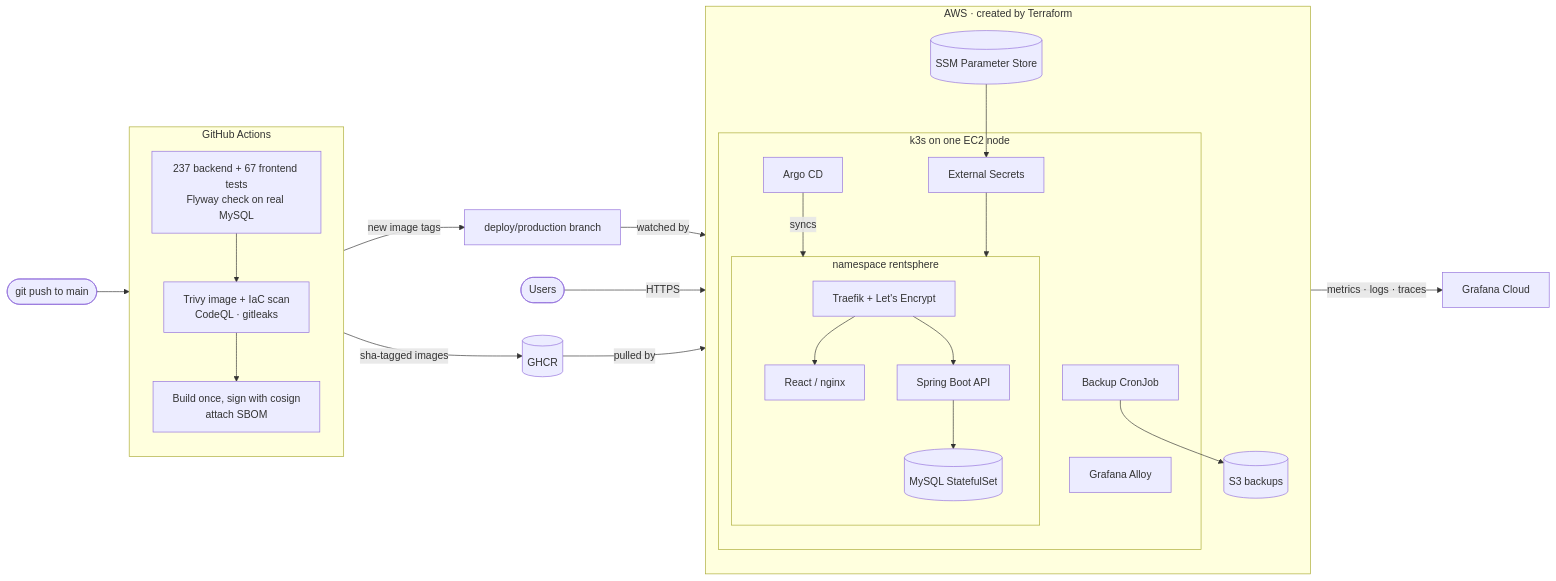
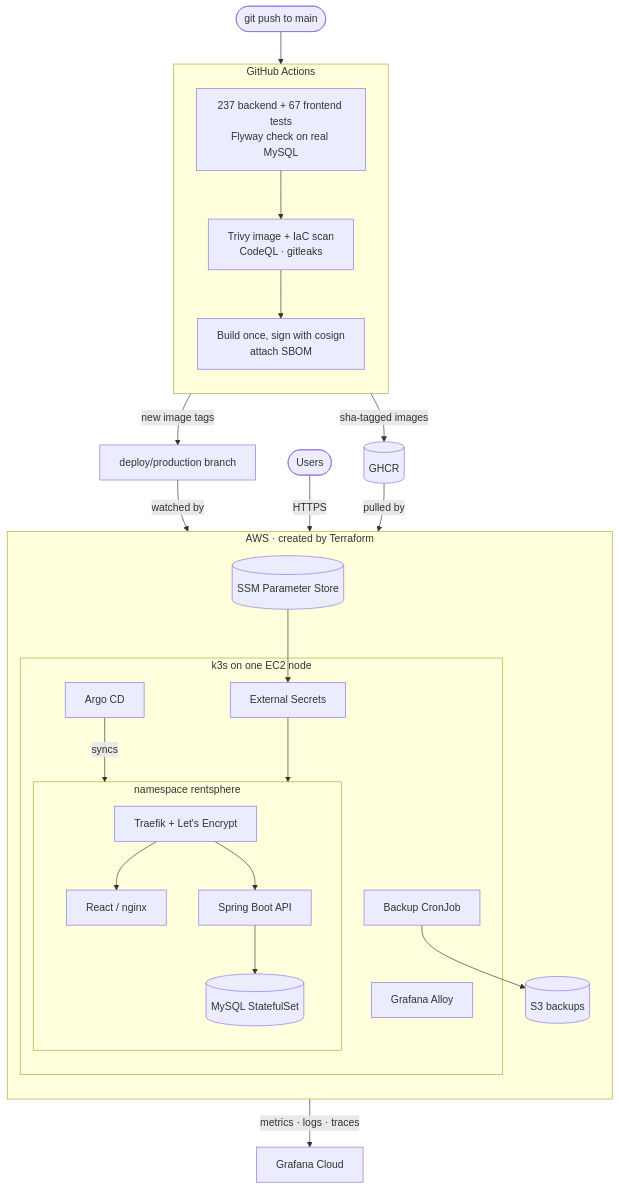
One commit to ixi3boda/RentSphere changed the diagram in README.md. Above: the diagram before and after it, drawn with Mermaid.

Commit message:
Lay the README architecture diagram out top to bottom

````diff
--- a/README.md
+++ b/README.md
@@ -31,37 +31,37 @@
 ```mermaid
-flowchart LR
+flowchart TB
     dev([git push to main]) --> ci
 
     subgraph ci [GitHub Actions]
         direction TB
         test[237 backend + 67 frontend tests<br/>Flyway check on real MySQL]
         scan[Trivy image + IaC scan<br/>CodeQL · gitleaks]
         build[Build once, sign with cosign<br/>attach SBOM]
         test --> scan --> build
     end
 
     build -- sha-tagged images --> ghcr[(GHCR)]
     build -- new image tags --> branch[deploy/production branch]
 
     subgraph aws [AWS · created by Terraform]
         direction TB
         subgraph k3s [k3s on one EC2 node]
             argo[Argo CD] -- syncs --> app
             subgraph app [namespace rentsphere]
                 traefik[Traefik + Let's Encrypt] --> web[React / nginx]
                 traefik --> api[Spring Boot API]
                 api --> db[(MySQL StatefulSet)]
             end
             eso[External Secrets] --> app
             alloy[Grafana Alloy]
             cron[Backup CronJob]
         end
         ssm[(SSM Parameter Store)] --> eso
         cron --> s3[(S3 backups)]
     end
 
     branch -- watched by --> argo
     ghcr -- pulled by --> app
     alloy -- metrics · logs · traces --> grafana[Grafana Cloud]
     users([Users]) -- HTTPS --> traefik
 ```
````
